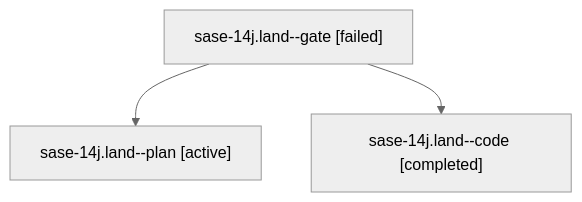
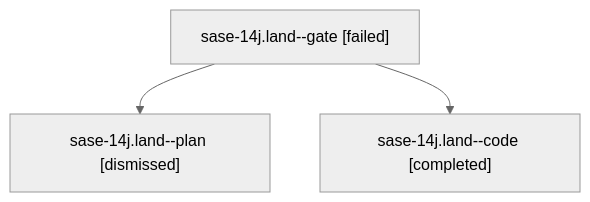
Before and after one commit to sase-org/sase--agents: the diagram in sessions/bbugyi200.athena.sase-14j.land.md, drawn with Mermaid (neutral theme). The commit also changed other lines of this file and 85 other files, not shown here.

````diff
--- a/sessions/bbugyi200.athena.sase-14j.land.md
+++ b/sessions/bbugyi200.athena.sase-14j.land.md
@@ -9,8 +9,8 @@
 ```mermaid
 flowchart TD
   n0["sase-14j.land--gate [failed]"]
-  n1["sase-14j.land--plan [active]"]
+  n1["sase-14j.land--plan [dismissed]"]
   n0 --> n1
   n2["sase-14j.land--code [completed]"]
   n0 --> n2
 ```
````
